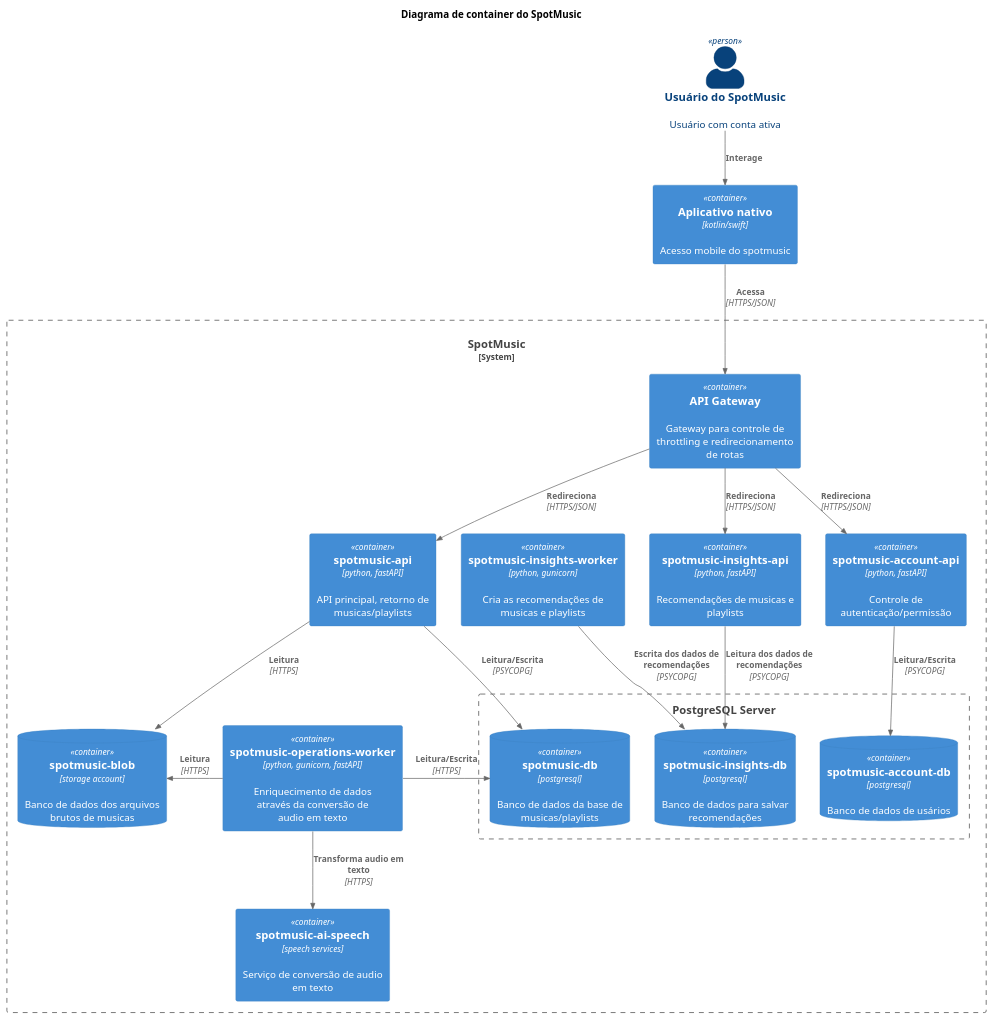
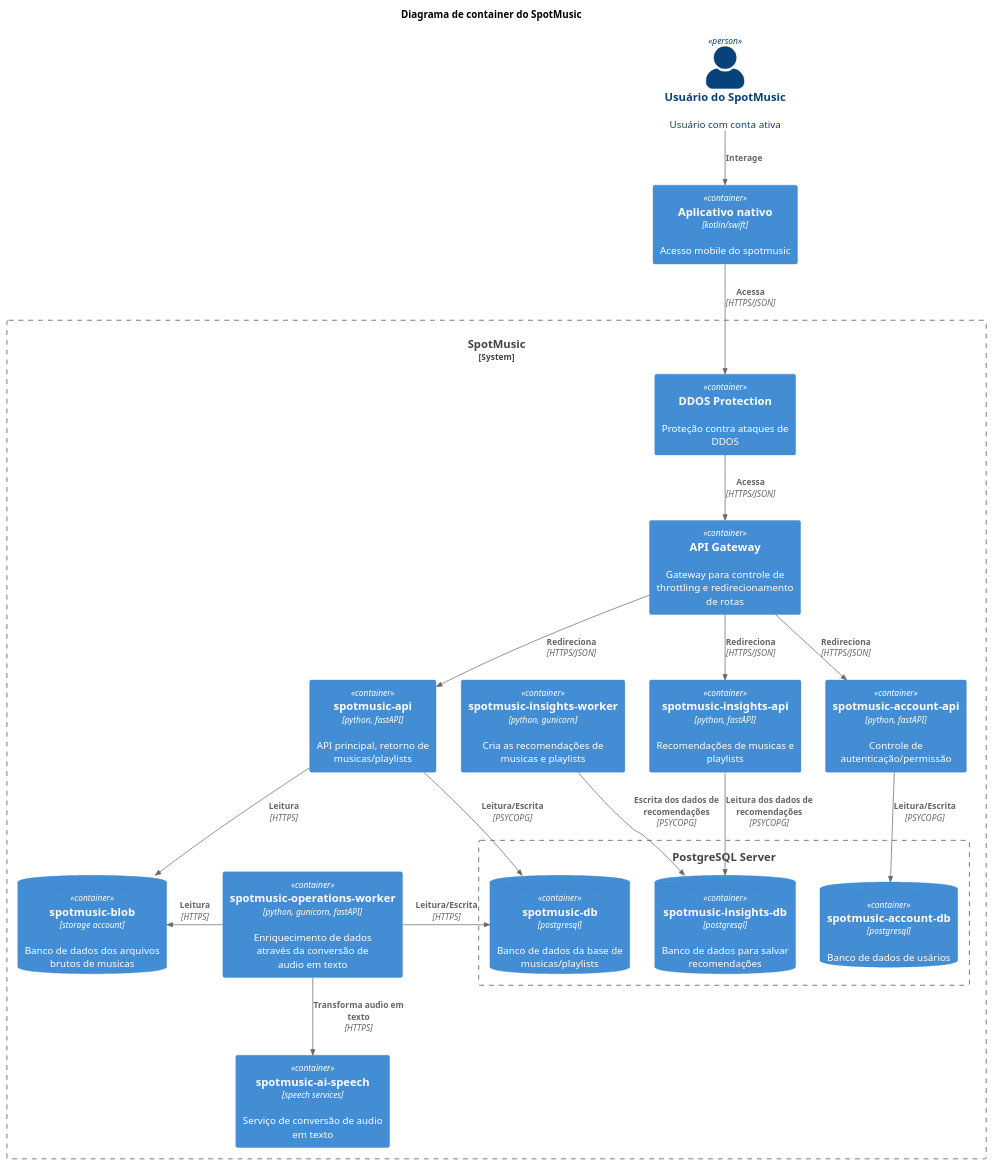
Before and after one commit to spotmusic-grupo-9/spotmusic_docs: the diagram in c4/02_01_container.puml, drawn with PlantUML.

Commit message:
docs: add ddos protection

```diff
--- a/c4/02_01_container.puml
+++ b/c4/02_01_container.puml
@@ -1,66 +1,69 @@
 @startuml
 !include https://raw.githubusercontent.com/plantuml-stdlib/C4-PlantUML/master/C4_Component.puml
 
 SHOW_PERSON_PORTRAIT()
 ' LAYOUT_LEFT_RIGHT()
 
 title Diagrama de container do SpotMusic
 
 Person(usuario, "Usuário do SpotMusic", "Usuário com conta ativa")
 Container(sm_mobile, "Aplicativo nativo", "kotlin/swift", "Acesso mobile do spotmusic")
 
 System_Boundary(c1, "SpotMusic") {
 
     Container(sm_gateway, "API Gateway", "", "Gateway para controle de throttling e redirecionamento de rotas")
 
+    Container(sm_ddos, "DDOS Protection", "", "Proteção contra ataques de DDOS")
+ 
     Container(sm_account_api, "spotmusic-account-api", "python, fastAPI", "Controle de autenticação/permissão")
 
     Container(sm_api, "spotmusic-api", "python, fastAPI", "API principal, retorno de musicas/playlists")
 
     ContainerDb(sm_blob, "spotmusic-blob", "storage account", "Banco de dados dos arquivos brutos de musicas")
 
     Container(sm_operations_worker, "spotmusic-operations-worker", "python, gunicorn, fastAPI", "Enriquecimento de dados através da conversão de audio em texto")
     Container(sm_ai_speech, "spotmusic-ai-speech", "speech services", "Serviço de conversão de audio em texto")
 
     Container(sm_insights_api, "spotmusic-insights-api", "python, fastAPI", "Recomendações de musicas e playlists")
     Container(sm_insights_worker, "spotmusic-insights-worker", "python, gunicorn", "Cria as recomendações de musicas e playlists")
 
     Boundary(c2, "PostgreSQL Server") {
         ContainerDb(sm_account_db, "spotmusic-account-db", "postgresql", "Banco de dados de usários")
         ContainerDb(sm_db, "spotmusic-db", "postgresql", "Banco de dados da base de musicas/playlists")
         ContainerDb(sm_insights_db, "spotmusic-insights-db", "postgresql", "Banco de dados para salvar recomendações")
     }
 
 }
 
 Rel(usuario, sm_mobile, "Interage")
-Rel(sm_mobile, sm_gateway, "Acessa", "HTTPS/JSON")
+Rel(sm_mobile, sm_ddos, "Acessa", "HTTPS/JSON")
+Rel(sm_ddos, sm_gateway, "Acessa", "HTTPS/JSON")
 
 
 Rel(sm_gateway, sm_account_api, "Redireciona", "HTTPS/JSON")
 Rel(sm_gateway, sm_api, "Redireciona", "HTTPS/JSON")
 Rel(sm_gateway, sm_insights_api, "Redireciona", "HTTPS/JSON")
 
 Rel(sm_account_api, sm_account_db, "Leitura/Escrita", "PSYCOPG")
 
 Rel(sm_api, sm_db, "Leitura/Escrita", "PSYCOPG")
 Rel(sm_api, sm_blob, "Leitura", "HTTPS")
 Rel_Neighbor(sm_operations_worker, sm_blob, "Leitura", "HTTPS")
 Rel_Neighbor(sm_operations_worker, sm_db, "Leitura/Escrita", "HTTPS")
 Rel(sm_operations_worker, sm_ai_speech, "Transforma audio em texto", "HTTPS")
 
 
 Rel(sm_insights_api, sm_insights_db, "Leitura dos dados de recomendações", "PSYCOPG")
 Rel(sm_insights_worker, sm_insights_db, "Escrita dos dados de recomendações", "PSYCOPG")
 
 
 
 ' Rel(sm_operations_api, sm_operations_db, "Leitura", "PSYCOPG")
 ' Rel(sm_operations_api, sm_operations_queue, "Publica mensagem de CRUD", "pull, json", $tags = "async")
 ' Rel_Neighbor(sm_operations_queue, sm_operations_worker, "Consome as mensages de CRUD", "pull, json", $tags = "async")
 ' Rel_Neighbor(sm_operations_queue, sm_search_api, "Consome as mensagens de CRUD para o ES", "webhook,json", $tags = "async")
 ' Rel(sm_operations_worker, sm_operations_db, "Escreve as alterações de CRUD no banco", "PSYCOPG")
 
 
 
 @enduml
```
